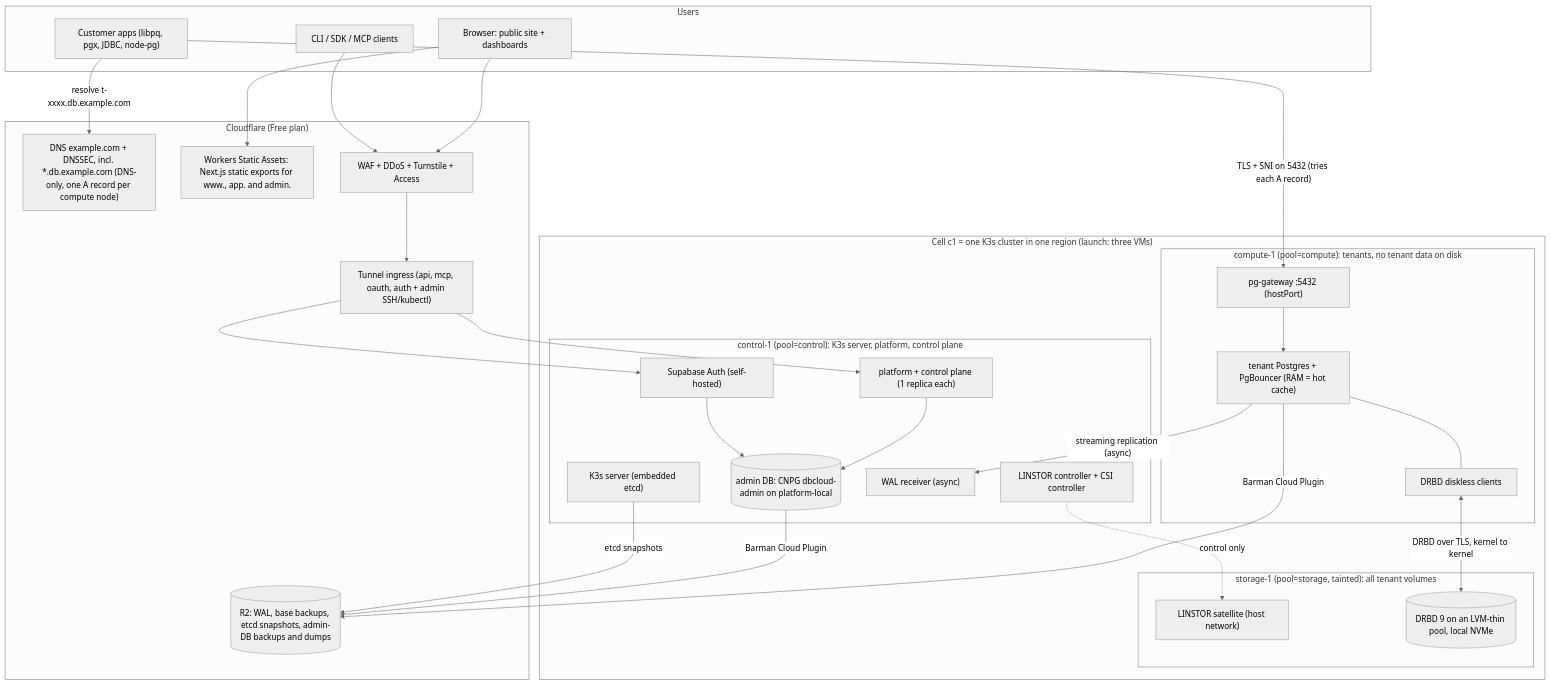
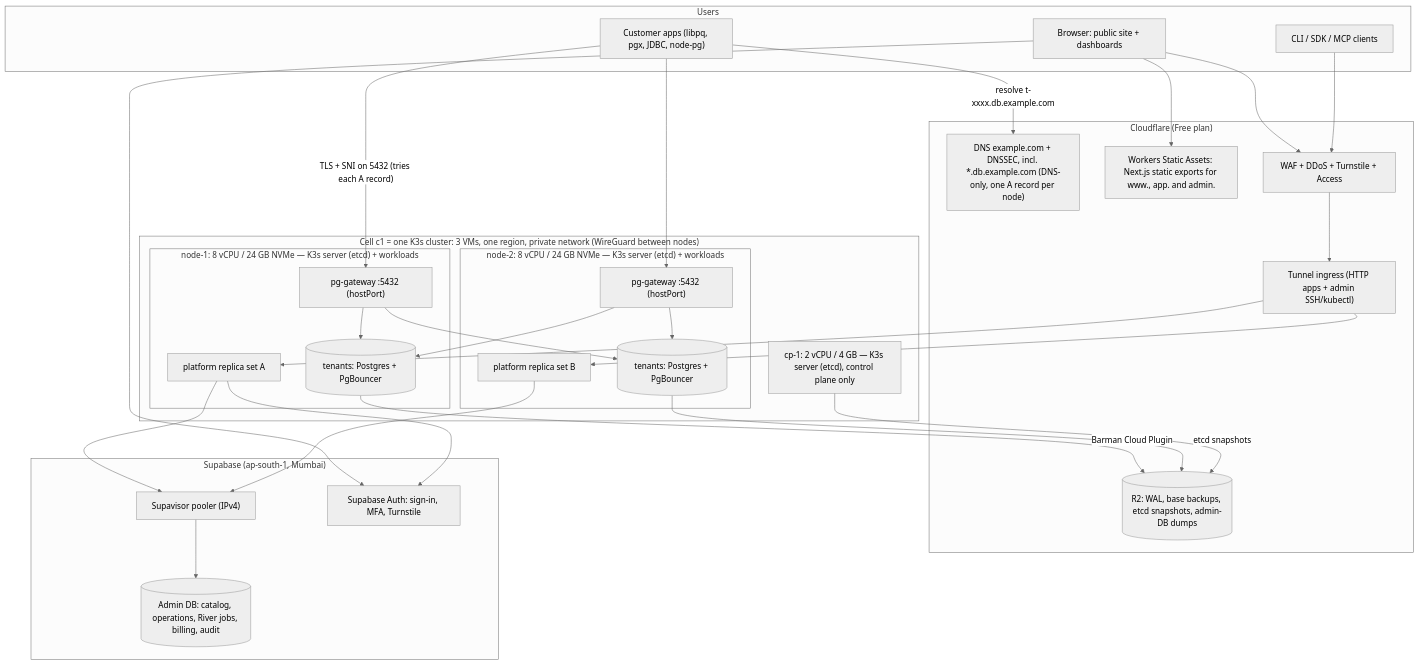
The first of 3 diagrams in plan/01-architecture.md (sayanf22/dbaas), drawn with Mermaid (neutral theme) before and after one commit. The commit also changed other lines of this file and 18 other files, not shown here.

First line of the commit message:
Revert "docs(plan): separated storage, three node roles, self-hosted admin DB and Auth (ADR-027 to ADR-031)"

````diff
--- a/plan/01-architecture.md
+++ b/plan/01-architecture.md
@@ -64,54 +43,56 @@
 ```mermaid
 flowchart TB
   subgraph Users
     UI["Browser: public site + dashboards"]
     CLI["CLI / SDK / MCP clients"]
     APP["Customer apps (libpq, pgx, JDBC, node-pg)"]
   end
 
   subgraph CF["Cloudflare (Free plan)"]
-    DNS["DNS example.com + DNSSEC, incl. *.db.example.com (DNS-only, one A record per compute node)"]
+    DNS["DNS example.com + DNSSEC, incl. *.db.example.com (DNS-only, one A record per node)"]
     STATIC["Workers Static Assets: Next.js static exports for www., app. and admin."]
     EDGE["WAF + DDoS + Turnstile + Access"]
-    TUN["Tunnel ingress (api, mcp, oauth, auth + admin SSH/kubectl)"]
-    R2[("R2: WAL, base backups, etcd snapshots, admin-DB backups and dumps")]
+    TUN["Tunnel ingress (HTTP apps + admin SSH/kubectl)"]
+    R2[("R2: WAL, base backups, etcd snapshots, admin-DB dumps")]
   end
 
-  subgraph CELL["Cell c1 = one K3s cluster in one region (launch: three VMs)"]
-    subgraph CTRL["control-1 (pool=control): K3s server, platform, control plane"]
-      K3S["K3s server (embedded etcd)"]
-      PLAT["platform + control plane (1 replica each)"]
-      ADB[("admin DB: CNPG dbcloud-admin on platform-local")]
-      AUTH["Supabase Auth (self-hosted)"]
-      WALR["WAL receiver (async)"]
-      LCTL["LINSTOR controller + CSI controller"]
+  subgraph SB["Supabase (ap-south-1, Mumbai)"]
+    POOL["Supavisor pooler (IPv4)"]
+    ADB[("Admin DB: catalog, operations, River jobs, billing, audit")]
+    AUTH["Supabase Auth: sign-in, MFA, Turnstile"]
+  end
+
+  subgraph CELL["Cell c1 = one K3s cluster: 3 VMs, one region, private network (WireGuard between nodes)"]
+    CP["cp-1: 2 vCPU / 4 GB — K3s server (etcd), control plane only"]
+    subgraph N1["node-1: 8 vCPU / 24 GB NVMe — K3s server (etcd) + workloads"]
+      GW1["pg-gateway :5432 (hostPort)"]
+      PLAT1["platform replica set A"]
+      T1[("tenants: Postgres + PgBouncer")]
     end
-    subgraph COMP["compute-1 (pool=compute): tenants, no tenant data on disk"]
-      GW1["pg-gateway :5432 (hostPort)"]
-      T1["tenant Postgres + PgBouncer (RAM = hot cache)"]
-      DL["DRBD diskless clients"]
-    end
-    subgraph STOR["storage-1 (pool=storage, tainted): all tenant volumes"]
-      SAT["LINSTOR satellite (host network)"]
-      POOL[("DRBD 9 on an LVM-thin pool, local NVMe")]
+    subgraph N2["node-2: 8 vCPU / 24 GB NVMe — K3s server (etcd) + workloads"]
+      GW2["pg-gateway :5432 (hostPort)"]
+      PLAT2["platform replica set B"]
+      T2[("tenants: Postgres + PgBouncer")]
     end
   end
 
   UI --> STATIC
   UI --> EDGE
+  UI --> AUTH
   CLI --> EDGE
-  EDGE --> TUN --> PLAT
-  TUN --> AUTH
+  EDGE --> TUN --> PLAT1
+  TUN --> PLAT2
   APP -->|"resolve t-xxxx.db.example.com"| DNS
   APP -->|"TLS + SNI on 5432 (tries each A record)"| GW1
+  APP --> GW2
   GW1 --> T1
-  T1 --- DL
-  DL <-->|"DRBD over TLS, kernel to kernel"| POOL
-  PLAT --> ADB
-  AUTH --> ADB
-  T1 -->|"streaming replication (async)"| WALR
+  GW1 --> T2
+  GW2 --> T1
+  GW2 --> T2
+  PLAT1 --> POOL --> ADB
+  PLAT2 --> POOL
+  PLAT1 --> AUTH
   T1 -->|"Barman Cloud Plugin"| R2
-  ADB -->|"Barman Cloud Plugin"| R2
-  K3S -->|"etcd snapshots"| R2
-  LCTL -.->|"control only"| SAT
+  T2 --> R2
+  CP -->|"etcd snapshots"| R2
 ```
````
